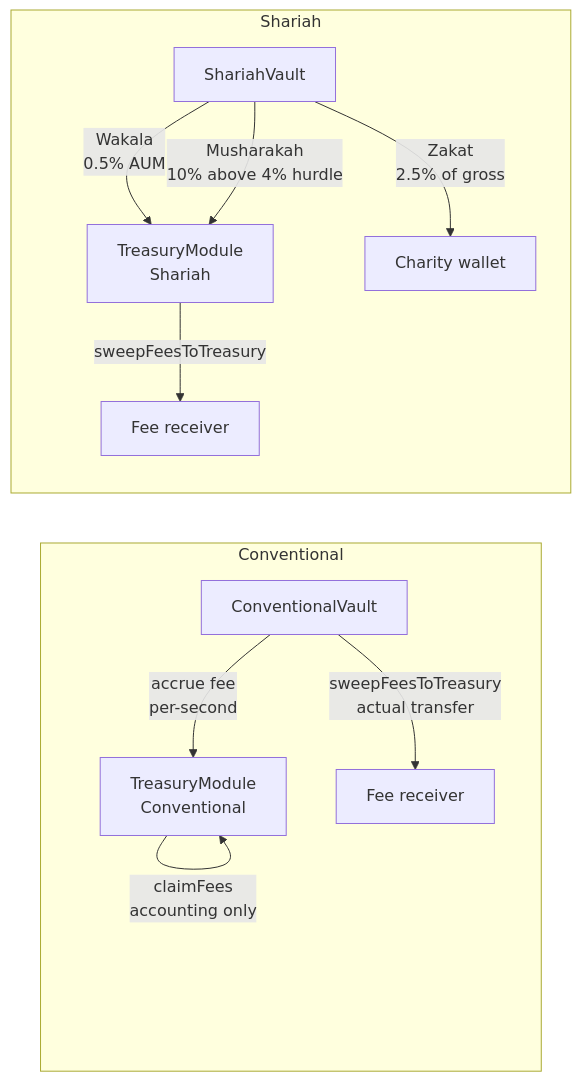
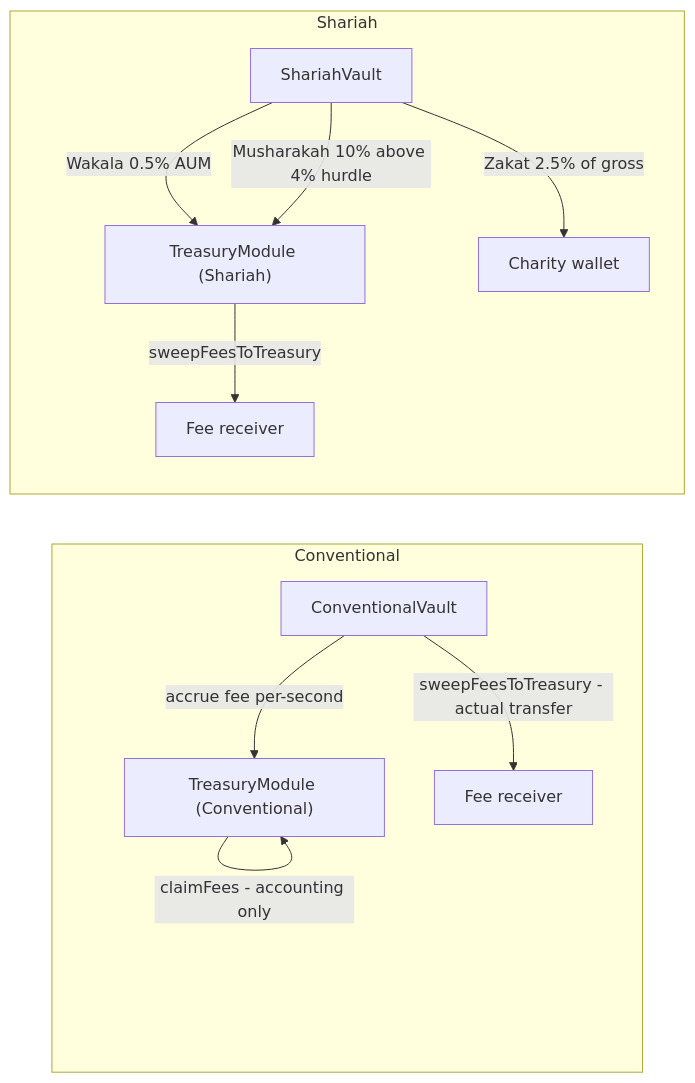
The ninth of 10 diagrams in README.md (0xhaz/DefiVault-Finance), drawn with Mermaid before and after one commit. The commit also changed other lines of this file, not shown here.

````diff
--- a/README.md
+++ b/README.md
@@ -493,15 +493,15 @@
 ```mermaid
 graph LR
-    subgraph Conventional
-        CV[ConventionalVault] -->|accrue fee\nper-second| CTM[TreasuryModule\nConventional]
-        CTM -->|claimFees\naccounting only| CTM
-        CV -->|sweepFeesToTreasury\nactual transfer| RECV[Fee receiver]
+    subgraph CFEE ["Conventional"]
+        CV[ConventionalVault] -->|accrue fee per-second| CTM["TreasuryModule (Conventional)"]
+        CTM -->|claimFees - accounting only| CTM
+        CV -->|sweepFeesToTreasury - actual transfer| RECV[Fee receiver]
     end
 
-    subgraph Shariah
-        SV[ShariahVault] -->|Wakala\n0.5% AUM| STM[TreasuryModule\nShariah]
-        SV -->|Musharakah\n10% above 4% hurdle| STM
-        SV -->|Zakat\n2.5% of gross| ZW[Charity wallet]
+    subgraph SFEE ["Shariah"]
+        SV[ShariahVault] -->|Wakala 0.5% AUM| STM["TreasuryModule (Shariah)"]
+        SV -->|Musharakah 10% above 4% hurdle| STM
+        SV -->|Zakat 2.5% of gross| ZW[Charity wallet]
         STM -->|sweepFeesToTreasury| SRECV[Fee receiver]
     end
 ```
````
